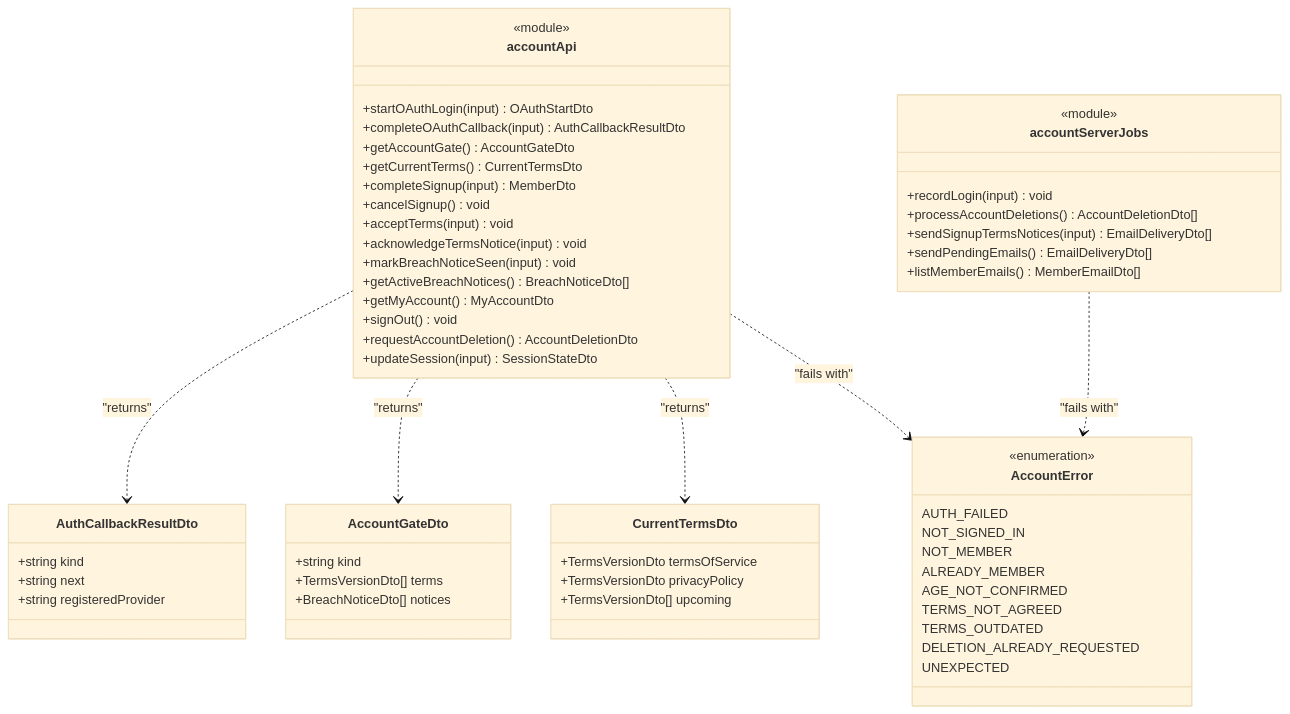
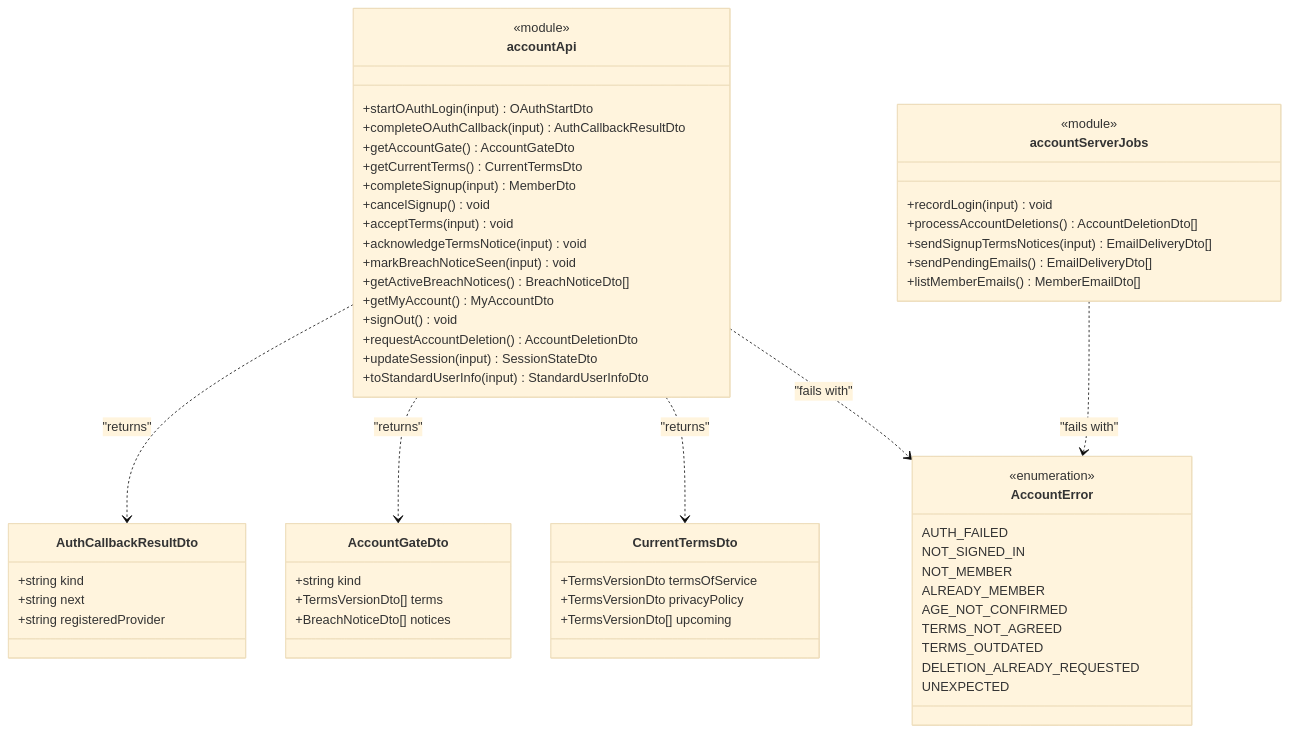
Before and after one commit to god3v/hamtteukka: the second of 2 diagrams in docs/specs/001-account/design/domain.md, drawn with Mermaid (base theme). The commit also changed other lines of this file and 15 other files, not shown here.

````diff
--- a/docs/specs/001-account/design/domain.md
+++ b/docs/specs/001-account/design/domain.md
@@ -170,60 +172,61 @@
 ```mermaid
 classDiagram
   class accountApi {
     <<module>>
     +startOAuthLogin(input) OAuthStartDto
     +completeOAuthCallback(input) AuthCallbackResultDto
     +getAccountGate() AccountGateDto
     +getCurrentTerms() CurrentTermsDto
     +completeSignup(input) MemberDto
     +cancelSignup() void
     +acceptTerms(input) void
     +acknowledgeTermsNotice(input) void
     +markBreachNoticeSeen(input) void
     +getActiveBreachNotices() BreachNoticeDto[]
     +getMyAccount() MyAccountDto
     +signOut() void
     +requestAccountDeletion() AccountDeletionDto
     +updateSession(input) SessionStateDto
+    +toStandardUserInfo(input) StandardUserInfoDto
   }
   class accountServerJobs {
     <<module>>
     +recordLogin(input) void
     +processAccountDeletions() AccountDeletionDto[]
     +sendSignupTermsNotices(input) EmailDeliveryDto[]
     +sendPendingEmails() EmailDeliveryDto[]
     +listMemberEmails() MemberEmailDto[]
   }
   class AuthCallbackResultDto {
     +string kind
     +string next
     +string registeredProvider
   }
   class AccountGateDto {
     +string kind
     +TermsVersionDto[] terms
     +BreachNoticeDto[] notices
   }
   class CurrentTermsDto {
     +TermsVersionDto termsOfService
     +TermsVersionDto privacyPolicy
     +TermsVersionDto[] upcoming
   }
   class AccountError {
     <<enumeration>>
     AUTH_FAILED
     NOT_SIGNED_IN
     NOT_MEMBER
     ALREADY_MEMBER
     AGE_NOT_CONFIRMED
     TERMS_NOT_AGREED
     TERMS_OUTDATED
     DELETION_ALREADY_REQUESTED
     UNEXPECTED
   }
   accountApi ..> AuthCallbackResultDto : "returns"
   accountApi ..> AccountGateDto : "returns"
   accountApi ..> CurrentTermsDto : "returns"
   accountApi ..> AccountError : "fails with"
   accountServerJobs ..> AccountError : "fails with"
 ```
````
